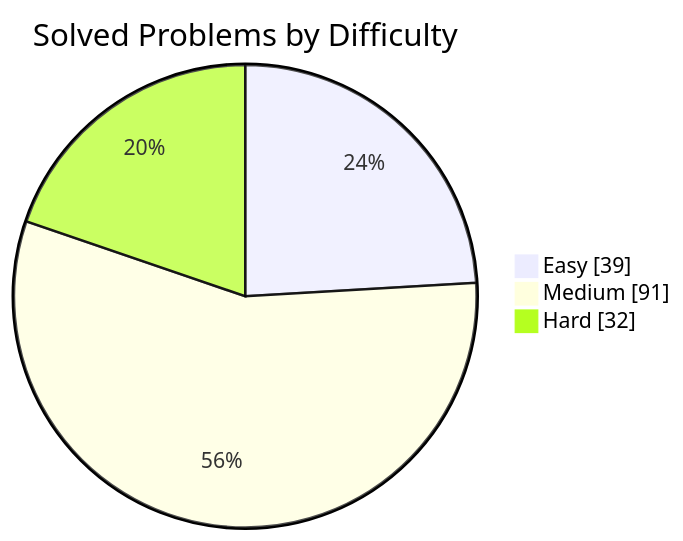
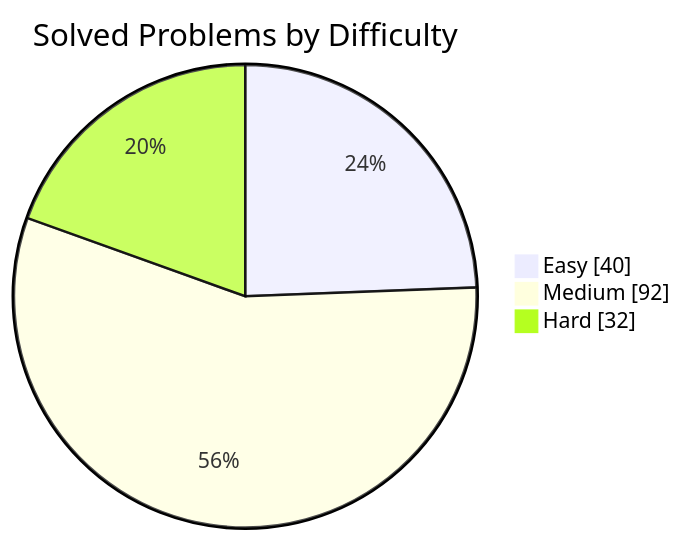
The first of 2 diagrams in README.md (manikantbindass/DSA-Preparation-FAANG), drawn with Mermaid before and after one commit. The commit also changed other lines of this file, not shown here.

````diff
--- a/README.md
+++ b/README.md
@@ -38,7 +38,7 @@
 ```mermaid
 pie showData
     title Solved Problems by Difficulty
-    "Easy" : 39
-    "Medium" : 91
+    "Easy" : 40
+    "Medium" : 92
     "Hard" : 32
 ```
````
